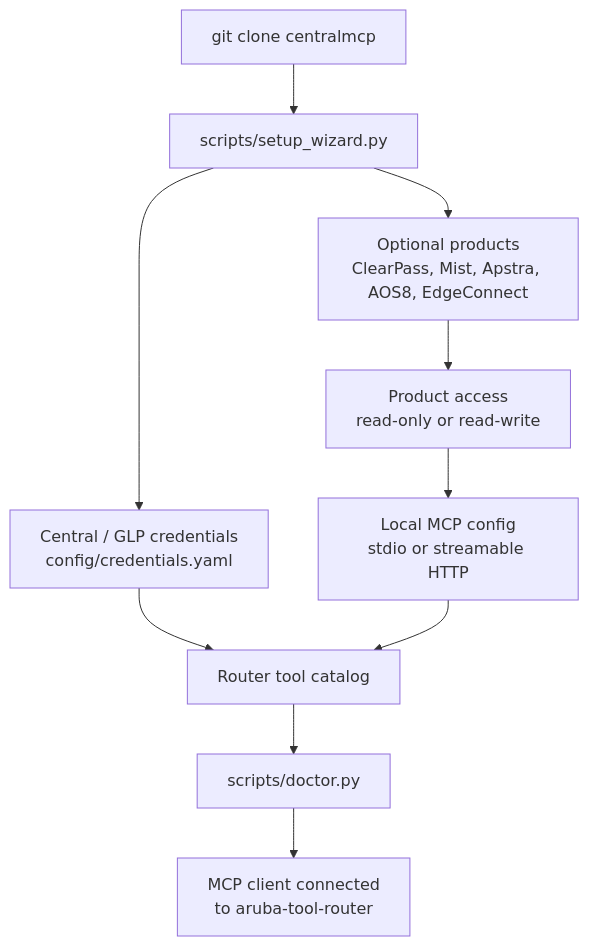
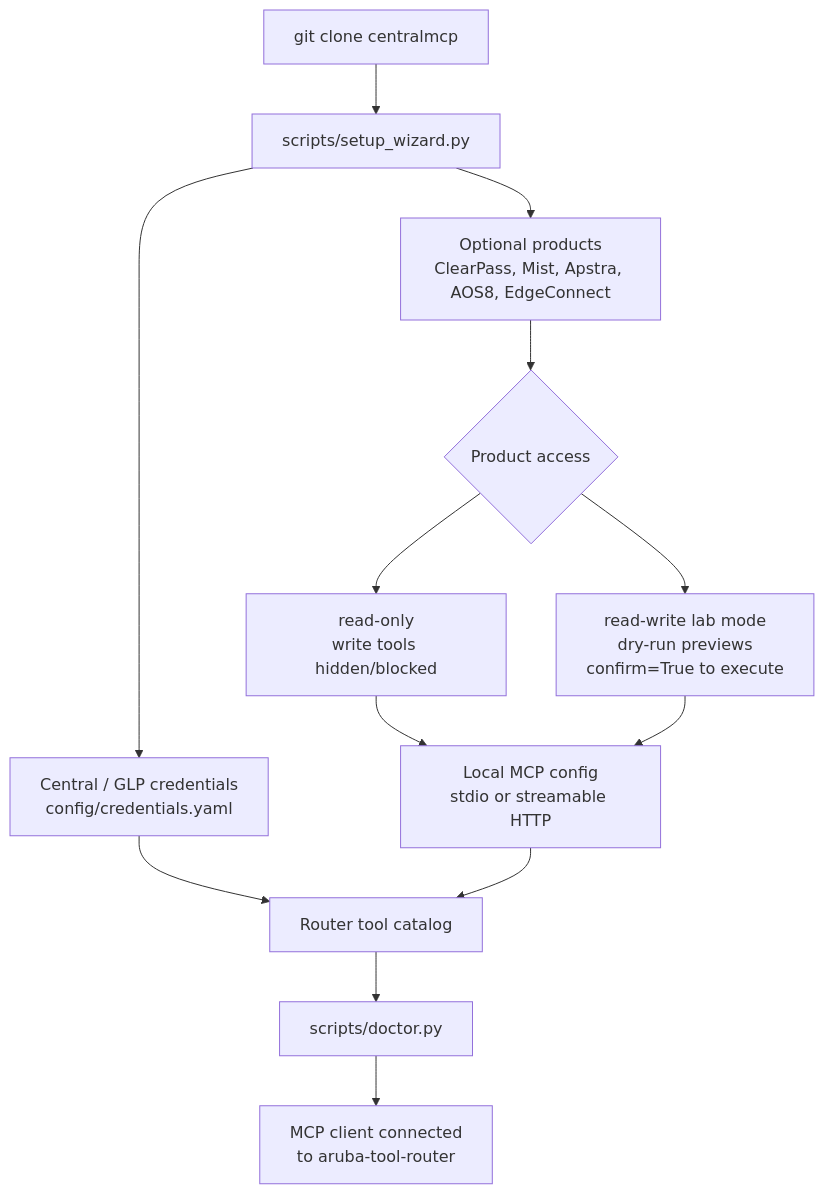
Before and after one commit to secure-ssid/centralmcp: the diagram in docs/index.md, drawn with Mermaid. The commit also changed 7 other files, not shown here.

````diff
--- a/docs/index.md
+++ b/docs/index.md
@@ -23,22 +23,27 @@
 ```mermaid
 flowchart TD
     clone["git clone centralmcp"]
     wizard["scripts/setup_wizard.py"]
     credentials["Central / GLP credentials<br/>config/credentials.yaml"]
     products["Optional products<br/>ClearPass, Mist, Apstra, AOS8, EdgeConnect"]
-    access["Product access<br/>read-only or read-write"]
+    access{"Product access"}
+    readonly["read-only<br/>write tools hidden/blocked"]
+    readwrite["read-write lab mode<br/>dry-run previews<br/>confirm=True to execute"]
     config["Local MCP config<br/>stdio or streamable HTTP"]
     catalog["Router tool catalog"]
     doctor["scripts/doctor.py"]
     ready["MCP client connected<br/>to aruba-tool-router"]
 
     clone --> wizard
     wizard --> credentials
     wizard --> products
     products --> access
-    access --> config
+    access --> readonly
+    access --> readwrite
+    readonly --> config
+    readwrite --> config
     credentials --> catalog
     config --> catalog
     catalog --> doctor
     doctor --> ready
 ```
````
